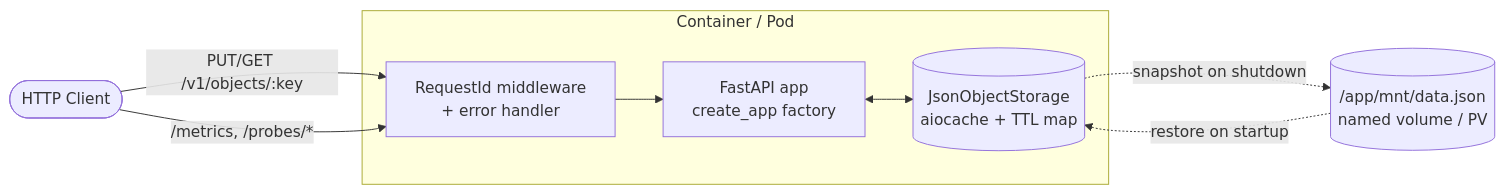
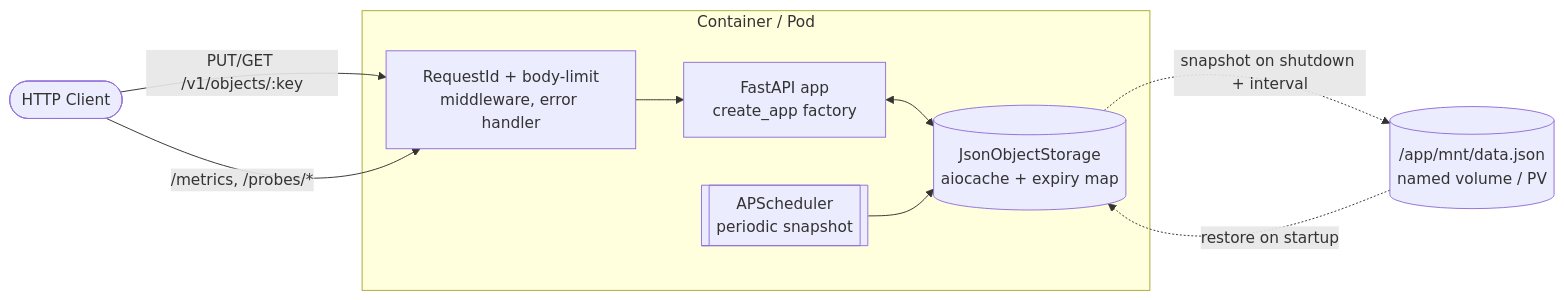
Before and after one commit to PureLeach/kubernetes-fastAPI-project: the diagram in README.md, drawn with Mermaid. The commit also changed other lines of this file, not shown here.

````diff
--- a/README.md
+++ b/README.md
@@ -25,20 +37,22 @@
 ```mermaid
 flowchart LR
     Client([HTTP Client])
 
     subgraph Container[Container / Pod]
-        MW[RequestId middleware<br/>+ error handler]
+        MW[RequestId + body-limit<br/>middleware, error handler]
         API[FastAPI app<br/>create_app factory]
-        Storage[(JsonObjectStorage<br/>aiocache + TTL map)]
+        Storage[(JsonObjectStorage<br/>aiocache + expiry map)]
+        Job[[APScheduler<br/>periodic snapshot]]
         MW --> API
         API <--> Storage
+        Job --> Storage
     end
 
     Disk[(/app/mnt/data.json<br/>named volume / PV)]
 
     Client -->|PUT/GET /v1/objects/:key| MW
     Client -->|/metrics, /probes/*| MW
 
-    Storage -. snapshot on shutdown .-> Disk
+    Storage -. snapshot on shutdown + interval .-> Disk
     Disk    -. restore on startup .-> Storage
 ```
````
